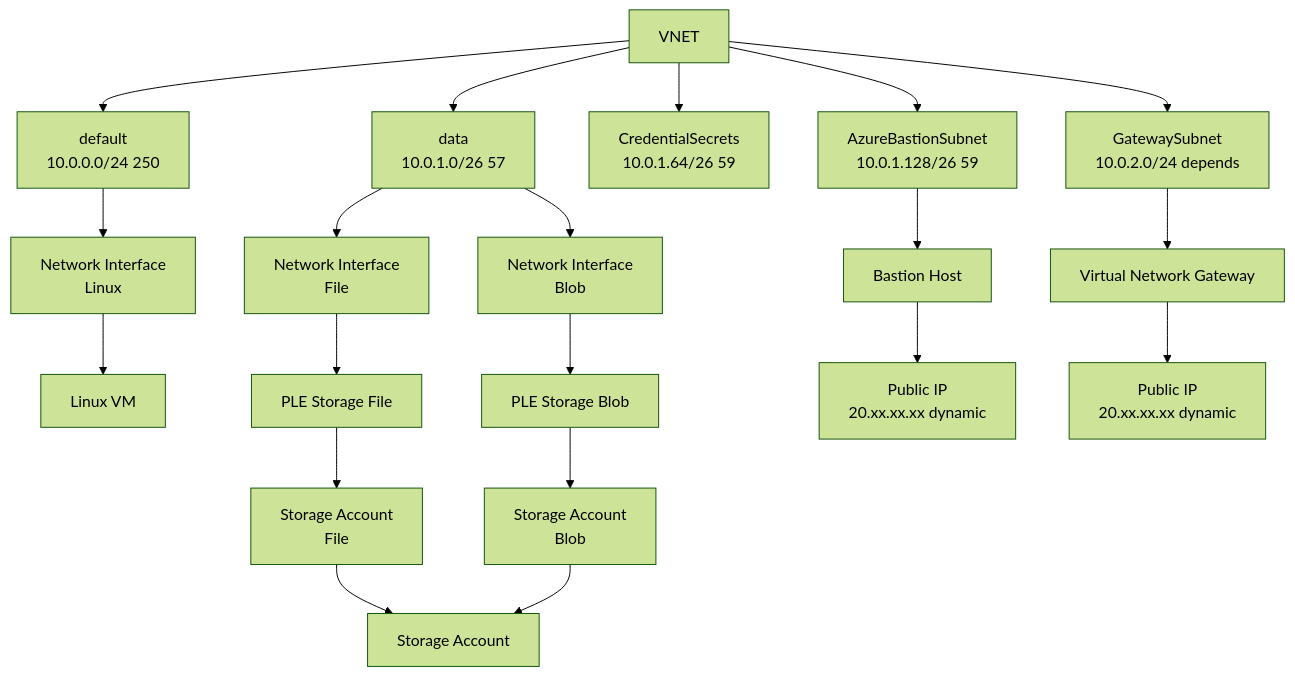
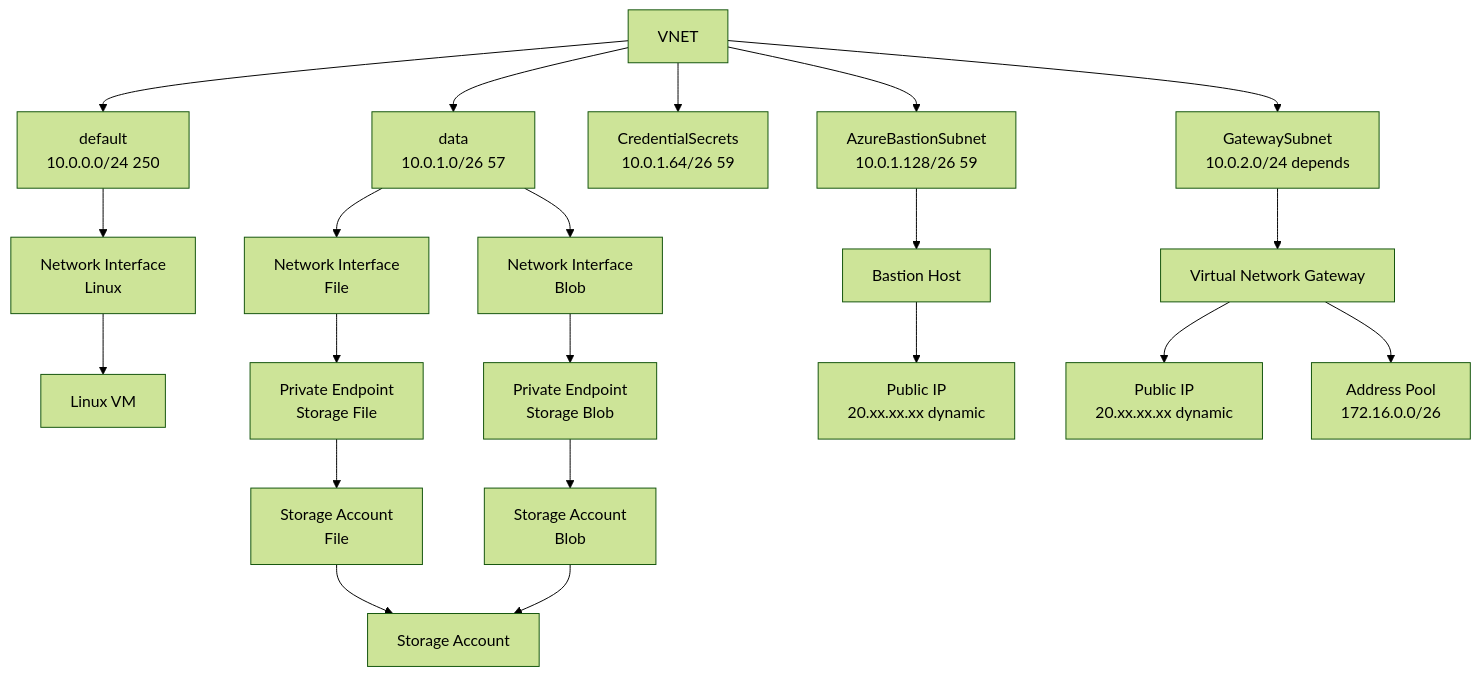
The diagram in README.md (freemansoft/vnet-p2s-vpn-bastion-azure), drawn with Mermaid (forest theme) before and after one commit. The commit also changed 5 other files, not shown here.

````diff
--- a/README.md
+++ b/README.md
@@ -61,28 +61,33 @@
 ```mermaid
 flowchart TD
     A[VNET]
     A --> SubDef[default <br/>10.0.0.0/24 250]
     A --> SubData[data <br/>10.0.1.0/26 57]
     A --> SubCred[CredentialSecrets <br/>10.0.1.64/26 59]
     A --> SubBast[AzureBastionSubnet <br/>10.0.1.128/26 59]
     A --> SubVNG[GatewaySubnet <br/>10.0.2.0/24  depends]
 
     SubDef --> NicVM[Network Interface<br/>Linux]
     NicVM --> VM[Linux VM]
     
+    StorAct[Storage Account]
+    StorFile[Storage Account<br/>File]
+    StorBlob[Storage Account<br/>Blob] 
+
     SubData --> NicStorFile[Network Interface<br/>File]
-    NicStorFile --> PleFile[PLE Storage File]
-    PleFile --> StorFile[Storage Account<br/>File]
-    StorFile --> StorAct[Storage Account]
+    NicStorFile --> PleFile[Private Endpoint<br/>Storage File]
+    PleFile --> StorFile
+    StorFile --> StorAct
 
     SubData --> NicStorBlob[Network Interface<br/>Blob]
-    NicStorBlob --> PleBlob[PLE Storage Blob]
-    PleBlob --> StorBlob[Storage Account<br/>Blob]
+    NicStorBlob --> PleBlob[Private Endpoint<br/>Storage Blob]
+    PleBlob --> StorBlob
     StorBlob --> StorAct
 
     SubBast --> Bastion[Bastion Host]
     Bastion --> PubaAst[Public IP<br>20.xx.xx.xx dynamic]
 
     SubVNG --> VNG[Virtual Network Gateway]
     VNG --> PubVNG[Public IP<br>20.xx.xx.xx dynamic]
+    VNG --> PoolVNG[Address Pool<br>172.16.0.0/26]
 ```
````
